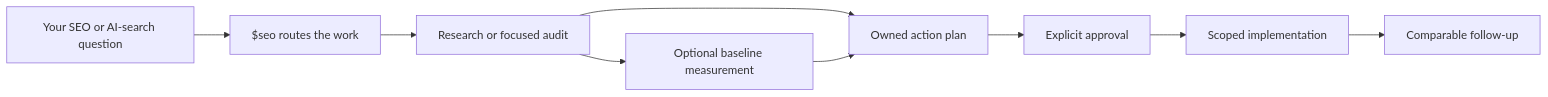
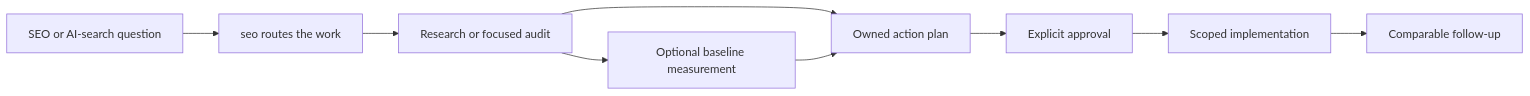
The diagram in README.md (oegeyilmaz9/seo-aeo-geo-ultimate), drawn with Mermaid before and after one commit. The commit also changed other lines of this file and 32 other files, not shown here.

````diff
--- a/README.md
+++ b/README.md
@@ -69,11 +137,11 @@
 ```mermaid
 flowchart LR
-  Q["Your SEO or AI-search question"] --> R["$seo routes the work"]
+  Q["SEO or AI-search question"] --> R["seo routes the work"]
   R --> RS["Research or focused audit"]
   RS --> M["Optional baseline measurement"]
   RS --> P["Owned action plan"]
   M --> P
   P --> A["Explicit approval"]
   A --> I["Scoped implementation"]
   I --> C["Comparable follow-up"]
 ```
````
